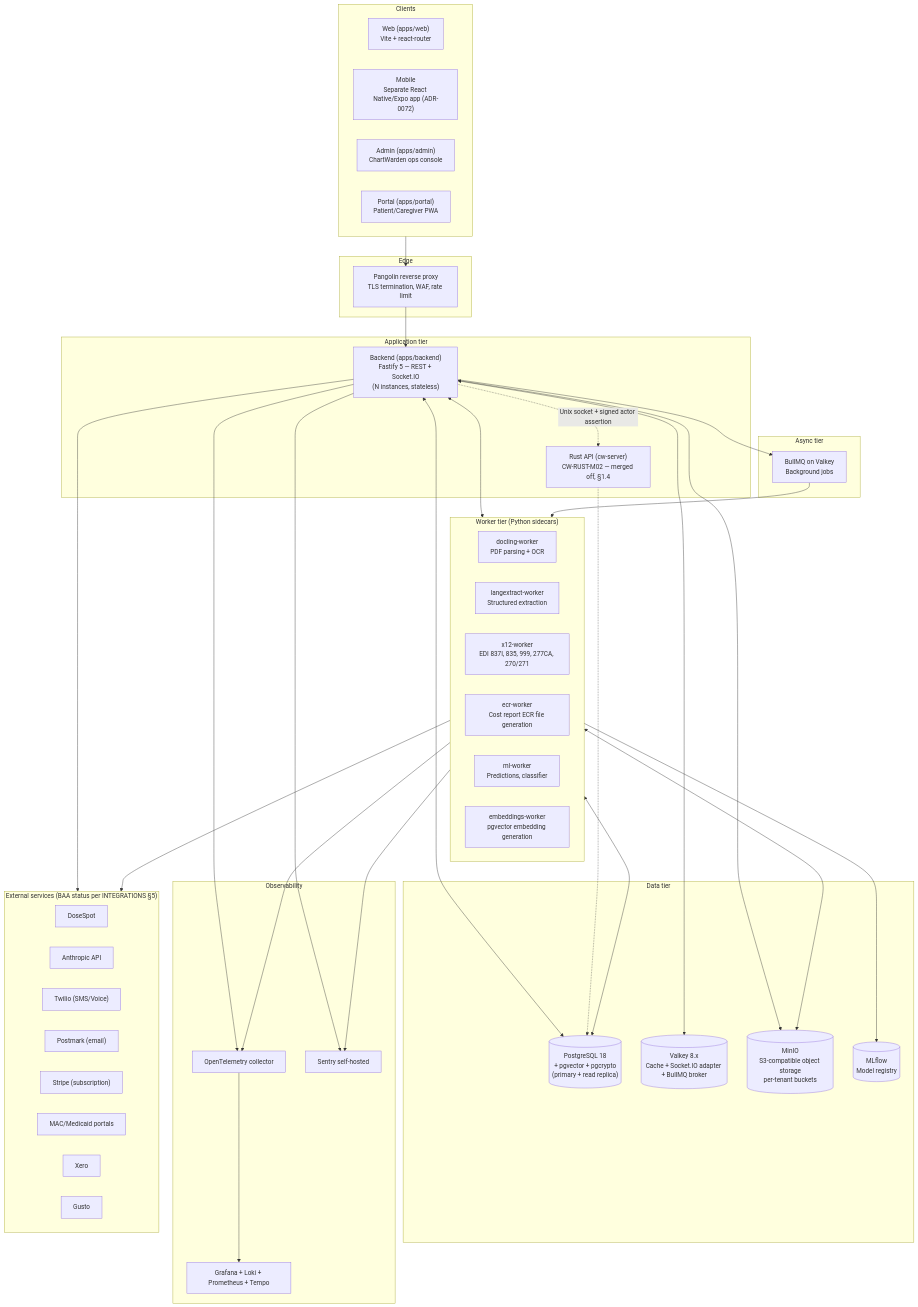
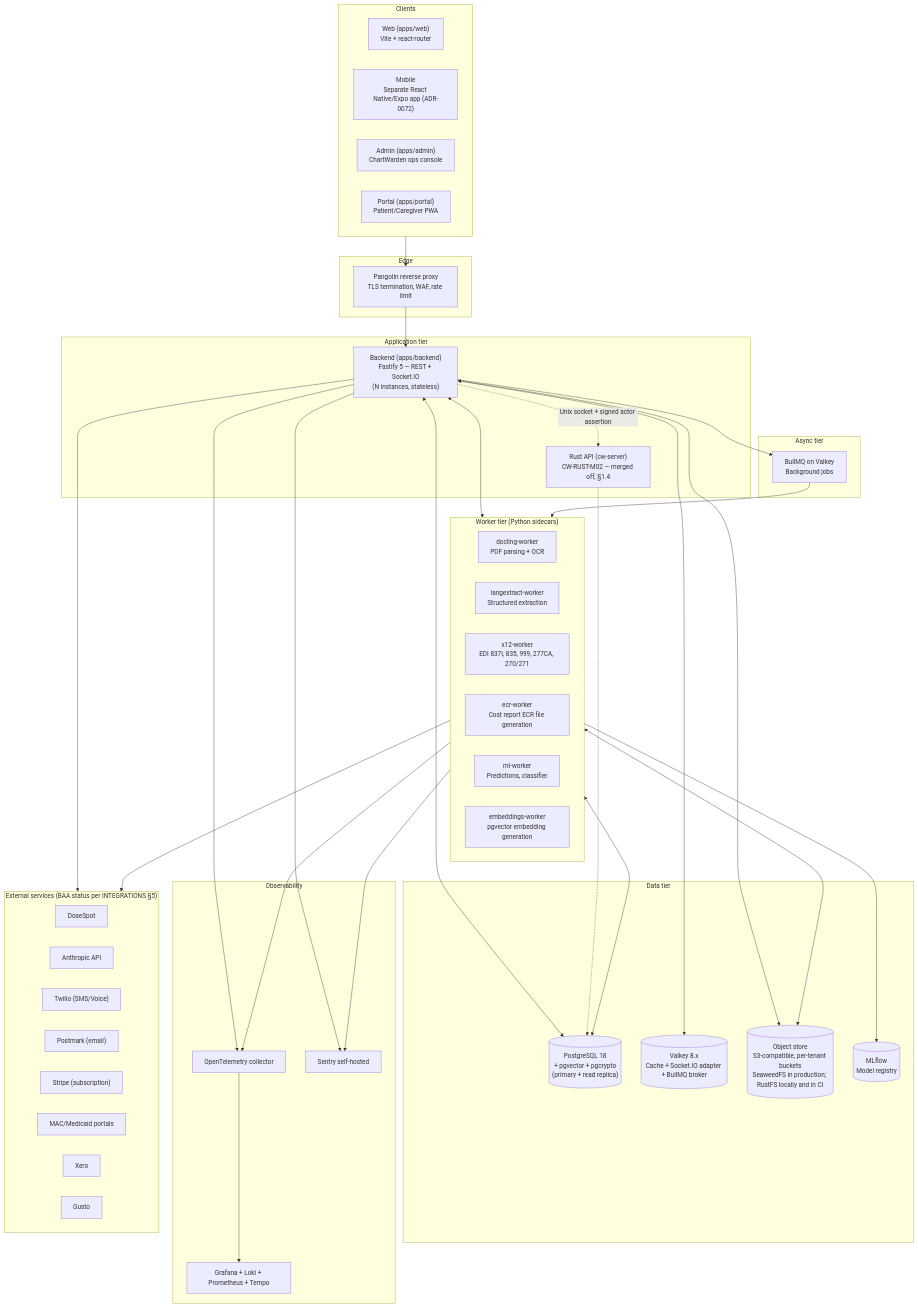
One commit to Engrace-Hospice/chartwarden changed the first of 12 diagrams in docs/architecture/CHARTWARDEN_SYSTEM_DESIGN_v0.3.md. Above: the diagram before and after it, drawn with Mermaid. The commit also changed other lines of this file and 3 other files, not shown here.

First line of the commit message:
docs(architecture): state the object store as built (SeaweedFS prod, RustFS dev/CI/copy)

````diff
--- a/docs/architecture/CHARTWARDEN_SYSTEM_DESIGN_v0.3.md
+++ b/docs/architecture/CHARTWARDEN_SYSTEM_DESIGN_v0.3.md
@@ -24,72 +25,72 @@
 ```mermaid
 flowchart TB
   subgraph clients["Clients"]
     web["Web (apps/web)<br/>Vite + react-router"]
     mobile["Mobile<br/>Separate React Native/Expo app (ADR-0072)"]
     admin["Admin (apps/admin)<br/>ChartWarden ops console"]
     portal["Portal (apps/portal)<br/>Patient/Caregiver PWA"]
   end
 
   subgraph edge["Edge"]
     pangolin["Pangolin reverse proxy<br/>TLS termination, WAF, rate limit"]
   end
 
   subgraph app["Application tier"]
     backend["Backend (apps/backend)<br/>Fastify 5 — REST + Socket.IO<br/>(N instances, stateless)"]
     rust["Rust API (cw-server)<br/>CW-RUST-M02 — merged off, §1.4"]
   end
 
   subgraph workers["Worker tier (Python sidecars)"]
     docling["docling-worker<br/>PDF parsing + OCR"]
     langextract["langextract-worker<br/>Structured extraction"]
     x12["x12-worker<br/>EDI 837I, 835, 999, 277CA, 270/271"]
     ecr["ecr-worker<br/>Cost report ECR file generation"]
     ml["ml-worker<br/>Predictions, classifier"]
     embeddings["embeddings-worker<br/>pgvector embedding generation"]
   end
 
   subgraph queues["Async tier"]
     bullmq["BullMQ on Valkey<br/>Background jobs"]
   end
 
   subgraph data["Data tier"]
     pg[("PostgreSQL 18<br/>+ pgvector + pgcrypto<br/>(primary + read replica)")]
     valkey[("Valkey 8.x<br/>Cache + Socket.IO adapter + BullMQ broker")]
-    minio[("MinIO<br/>S3-compatible object storage<br/>per-tenant buckets")]
+    objstore[("Object store<br/>S3-compatible, per-tenant buckets<br/>SeaweedFS in production; RustFS locally and in CI")]
     mlflow[("MLflow<br/>Model registry")]
   end
 
   subgraph observability["Observability"]
     otel["OpenTelemetry collector"]
     grafana["Grafana + Loki + Prometheus + Tempo"]
     sentry["Sentry self-hosted"]
   end
 
   subgraph external["External services (BAA status per INTEGRATIONS §5)"]
     dosespot["DoseSpot"]
     anthropic["Anthropic API"]
     twilio["Twilio (SMS/Voice)"]
     postmark["Postmark (email)"]
     stripe["Stripe (subscription)"]
     mac["MAC/Medicaid portals"]
     xero["Xero"]
     gusto["Gusto"]
   end
 
   clients --> pangolin --> backend
   backend <--> pg
   backend <--> valkey
-  backend <--> minio
+  backend <--> objstore
   backend --> bullmq
   backend <--> workers
   bullmq --> workers
   workers <--> pg
-  workers <--> minio
+  workers <--> objstore
   workers --> mlflow
   backend --> external
   workers --> external
   backend & workers --> otel --> grafana
   backend & workers --> sentry
   backend -.->|"Unix socket + signed actor assertion"| rust
   rust -.-> pg
 ```
````
